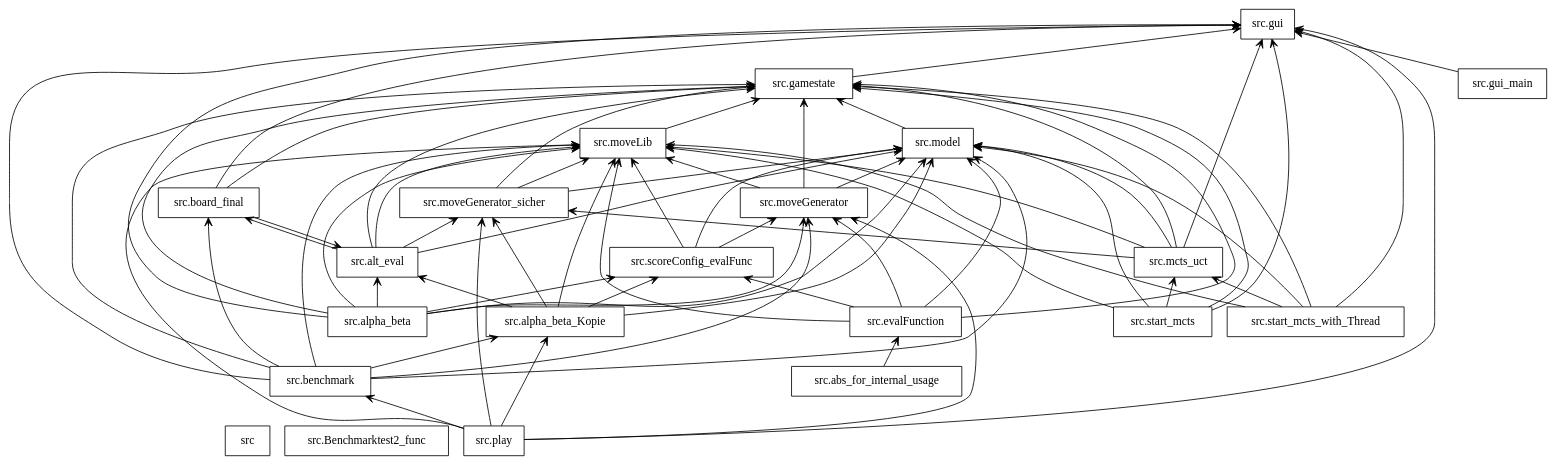
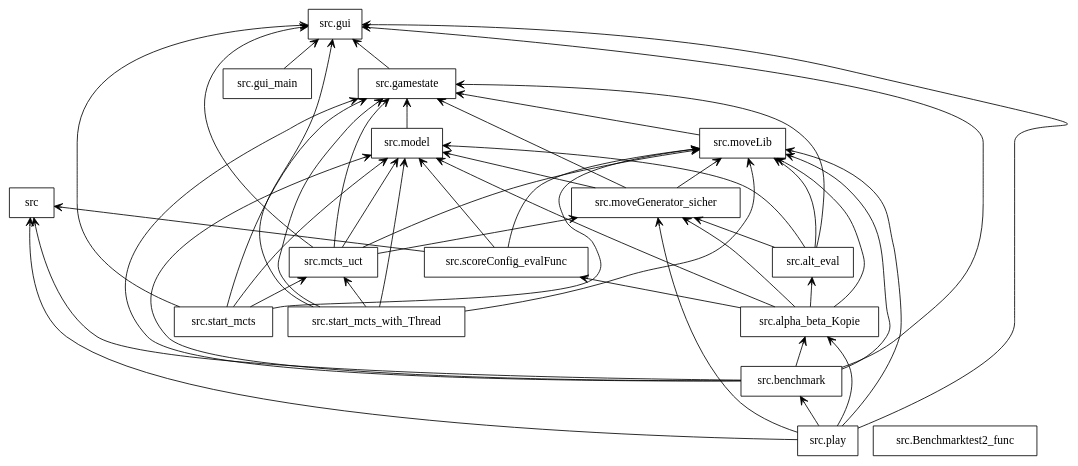
Before and after one commit to Elean1402/projektSKI: the diagram in src/packages.dot, drawn with Graphviz. The commit also changed 11 other files, not shown here.

```diff
--- a/src/packages.dot
+++ b/src/packages.dot
@@ -1,92 +1,66 @@
 digraph "packages" {
 rankdir=BT
 charset="utf-8"
 "src" [color="black", label=<src>, shape="box", style="solid"];
 "src.Benchmarktest2_func" [color="black", label=<src.Benchmarktest2_func>, shape="box", style="solid"];
-"src.abs_for_internal_usage" [color="black", label=<src.abs_for_internal_usage>, shape="box", style="solid"];
-"src.alpha_beta" [color="black", label=<src.alpha_beta>, shape="box", style="solid"];
 "src.alpha_beta_Kopie" [color="black", label=<src.alpha_beta_Kopie>, shape="box", style="solid"];
 "src.alt_eval" [color="black", label=<src.alt_eval>, shape="box", style="solid"];
 "src.benchmark" [color="black", label=<src.benchmark>, shape="box", style="solid"];
-"src.board_final" [color="black", label=<src.board_final>, shape="box", style="solid"];
-"src.evalFunction" [color="black", label=<src.evalFunction>, shape="box", style="solid"];
 "src.gamestate" [color="black", label=<src.gamestate>, shape="box", style="solid"];
 "src.gui" [color="black", label=<src.gui>, shape="box", style="solid"];
 "src.gui_main" [color="black", label=<src.gui_main>, shape="box", style="solid"];
 "src.mcts_uct" [color="black", label=<src.mcts_uct>, shape="box", style="solid"];
 "src.model" [color="black", label=<src.model>, shape="box", style="solid"];
-"src.moveGenerator" [color="black", label=<src.moveGenerator>, shape="box", style="solid"];
 "src.moveGenerator_sicher" [color="black", label=<src.moveGenerator_sicher>, shape="box", style="solid"];
 "src.moveLib" [color="black", label=<src.moveLib>, shape="box", style="solid"];
 "src.play" [color="black", label=<src.play>, shape="box", style="solid"];
 "src.scoreConfig_evalFunc" [color="black", label=<src.scoreConfig_evalFunc>, shape="box", style="solid"];
 "src.start_mcts" [color="black", label=<src.start_mcts>, shape="box", style="solid"];
 "src.start_mcts_with_Thread" [color="black", label=<src.start_mcts_with_Thread>, shape="box", style="solid"];
-"src.abs_for_internal_usage" -> "src.evalFunction" [arrowhead="open", arrowtail="none"];
-"src.alpha_beta" -> "src.alt_eval" [arrowhead="open", arrowtail="none"];
-"src.alpha_beta" -> "src.gamestate" [arrowhead="open", arrowtail="none"];
-"src.alpha_beta" -> "src.gui" [arrowhead="open", arrowtail="none"];
-"src.alpha_beta" -> "src.model" [arrowhead="open", arrowtail="none"];
-"src.alpha_beta" -> "src.moveGenerator" [arrowhead="open", arrowtail="none"];
-"src.alpha_beta" -> "src.moveLib" [arrowhead="open", arrowtail="none"];
-"src.alpha_beta" -> "src.scoreConfig_evalFunc" [arrowhead="open", arrowtail="none"];
 "src.alpha_beta_Kopie" -> "src.alt_eval" [arrowhead="open", arrowtail="none"];
 "src.alpha_beta_Kopie" -> "src.model" [arrowhead="open", arrowtail="none"];
 "src.alpha_beta_Kopie" -> "src.moveGenerator_sicher" [arrowhead="open", arrowtail="none"];
 "src.alpha_beta_Kopie" -> "src.moveLib" [arrowhead="open", arrowtail="none"];
 "src.alpha_beta_Kopie" -> "src.scoreConfig_evalFunc" [arrowhead="open", arrowtail="none"];
-"src.alt_eval" -> "src.board_final" [arrowhead="open", arrowtail="none"];
 "src.alt_eval" -> "src.gamestate" [arrowhead="open", arrowtail="none"];
 "src.alt_eval" -> "src.model" [arrowhead="open", arrowtail="none"];
 "src.alt_eval" -> "src.moveGenerator_sicher" [arrowhead="open", arrowtail="none"];
 "src.alt_eval" -> "src.moveLib" [arrowhead="open", arrowtail="none"];
+"src.benchmark" -> "src" [arrowhead="open", arrowtail="none"];
 "src.benchmark" -> "src.alpha_beta_Kopie" [arrowhead="open", arrowtail="none"];
-"src.benchmark" -> "src.board_final" [arrowhead="open", arrowtail="none"];
 "src.benchmark" -> "src.gamestate" [arrowhead="open", arrowtail="none"];
 "src.benchmark" -> "src.gui" [arrowhead="open", arrowtail="none"];
 "src.benchmark" -> "src.model" [arrowhead="open", arrowtail="none"];
-"src.benchmark" -> "src.moveGenerator" [arrowhead="open", arrowtail="none"];
 "src.benchmark" -> "src.moveLib" [arrowhead="open", arrowtail="none"];
-"src.board_final" -> "src.alt_eval" [arrowhead="open", arrowtail="none"];
-"src.board_final" -> "src.gamestate" [arrowhead="open", arrowtail="none"];
-"src.board_final" -> "src.gui" [arrowhead="open", arrowtail="none"];
-"src.evalFunction" -> "src.gamestate" [arrowhead="open", arrowtail="none"];
-"src.evalFunction" -> "src.model" [arrowhead="open", arrowtail="none"];
-"src.evalFunction" -> "src.moveGenerator" [arrowhead="open", arrowtail="none"];
-"src.evalFunction" -> "src.moveLib" [arrowhead="open", arrowtail="none"];
-"src.evalFunction" -> "src.scoreConfig_evalFunc" [arrowhead="open", arrowtail="none"];
 "src.gamestate" -> "src.gui" [arrowhead="open", arrowtail="none"];
 "src.gui_main" -> "src.gui" [arrowhead="open", arrowtail="none"];
 "src.mcts_uct" -> "src.gamestate" [arrowhead="open", arrowtail="none"];
 "src.mcts_uct" -> "src.gui" [arrowhead="open", arrowtail="none"];
 "src.mcts_uct" -> "src.model" [arrowhead="open", arrowtail="none"];
 "src.mcts_uct" -> "src.moveGenerator_sicher" [arrowhead="open", arrowtail="none"];
 "src.mcts_uct" -> "src.moveLib" [arrowhead="open", arrowtail="none"];
 "src.model" -> "src.gamestate" [arrowhead="open", arrowtail="none"];
-"src.moveGenerator" -> "src.gamestate" [arrowhead="open", arrowtail="none"];
-"src.moveGenerator" -> "src.model" [arrowhead="open", arrowtail="none"];
-"src.moveGenerator" -> "src.moveLib" [arrowhead="open", arrowtail="none"];
 "src.moveGenerator_sicher" -> "src.gamestate" [arrowhead="open", arrowtail="none"];
 "src.moveGenerator_sicher" -> "src.model" [arrowhead="open", arrowtail="none"];
 "src.moveGenerator_sicher" -> "src.moveLib" [arrowhead="open", arrowtail="none"];
 "src.moveLib" -> "src.gamestate" [arrowhead="open", arrowtail="none"];
+"src.play" -> "src" [arrowhead="open", arrowtail="none"];
 "src.play" -> "src.alpha_beta_Kopie" [arrowhead="open", arrowtail="none"];
 "src.play" -> "src.benchmark" [arrowhead="open", arrowtail="none"];
 "src.play" -> "src.gui" [arrowhead="open", arrowtail="none"];
-"src.play" -> "src.moveGenerator" [arrowhead="open", arrowtail="none"];
 "src.play" -> "src.moveGenerator_sicher" [arrowhead="open", arrowtail="none"];
 "src.play" -> "src.moveLib" [arrowhead="open", arrowtail="none"];
+"src.scoreConfig_evalFunc" -> "src" [arrowhead="open", arrowtail="none"];
 "src.scoreConfig_evalFunc" -> "src.model" [arrowhead="open", arrowtail="none"];
-"src.scoreConfig_evalFunc" -> "src.moveGenerator" [arrowhead="open", arrowtail="none"];
 "src.scoreConfig_evalFunc" -> "src.moveLib" [arrowhead="open", arrowtail="none"];
 "src.start_mcts" -> "src.gamestate" [arrowhead="open", arrowtail="none"];
 "src.start_mcts" -> "src.gui" [arrowhead="open", arrowtail="none"];
 "src.start_mcts" -> "src.mcts_uct" [arrowhead="open", arrowtail="none"];
 "src.start_mcts" -> "src.model" [arrowhead="open", arrowtail="none"];
 "src.start_mcts" -> "src.moveLib" [arrowhead="open", arrowtail="none"];
 "src.start_mcts_with_Thread" -> "src.gamestate" [arrowhead="open", arrowtail="none"];
 "src.start_mcts_with_Thread" -> "src.gui" [arrowhead="open", arrowtail="none"];
 "src.start_mcts_with_Thread" -> "src.mcts_uct" [arrowhead="open", arrowtail="none"];
 "src.start_mcts_with_Thread" -> "src.model" [arrowhead="open", arrowtail="none"];
 "src.start_mcts_with_Thread" -> "src.moveLib" [arrowhead="open", arrowtail="none"];
 }
```
